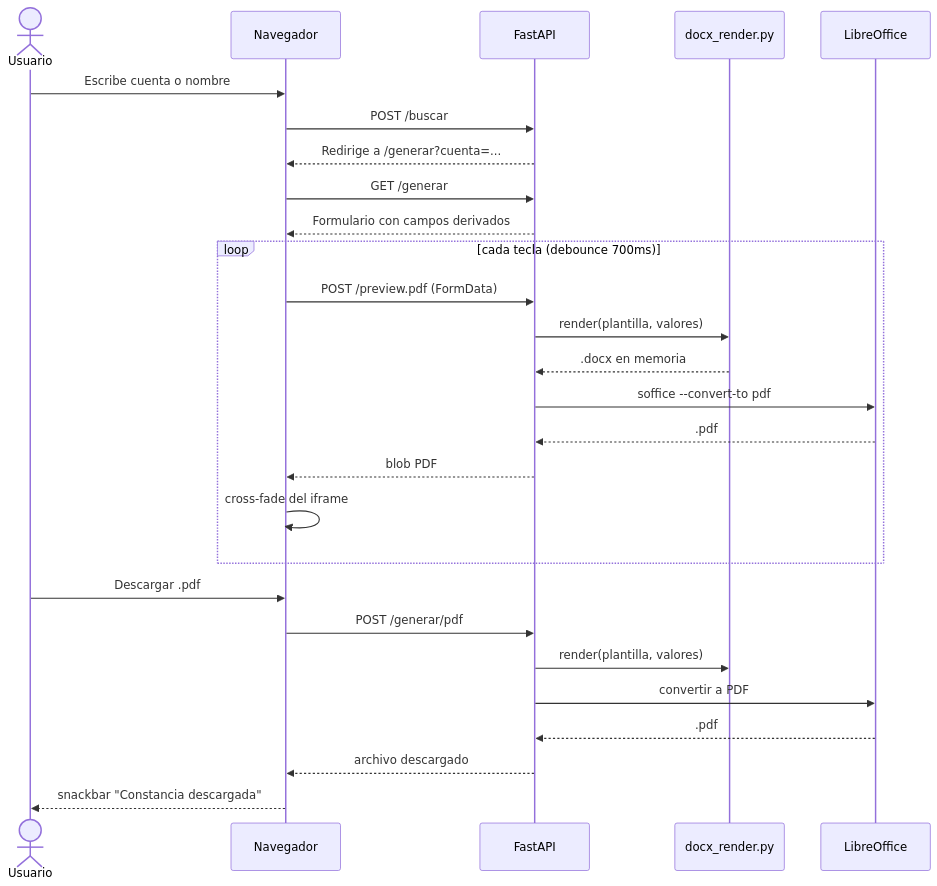
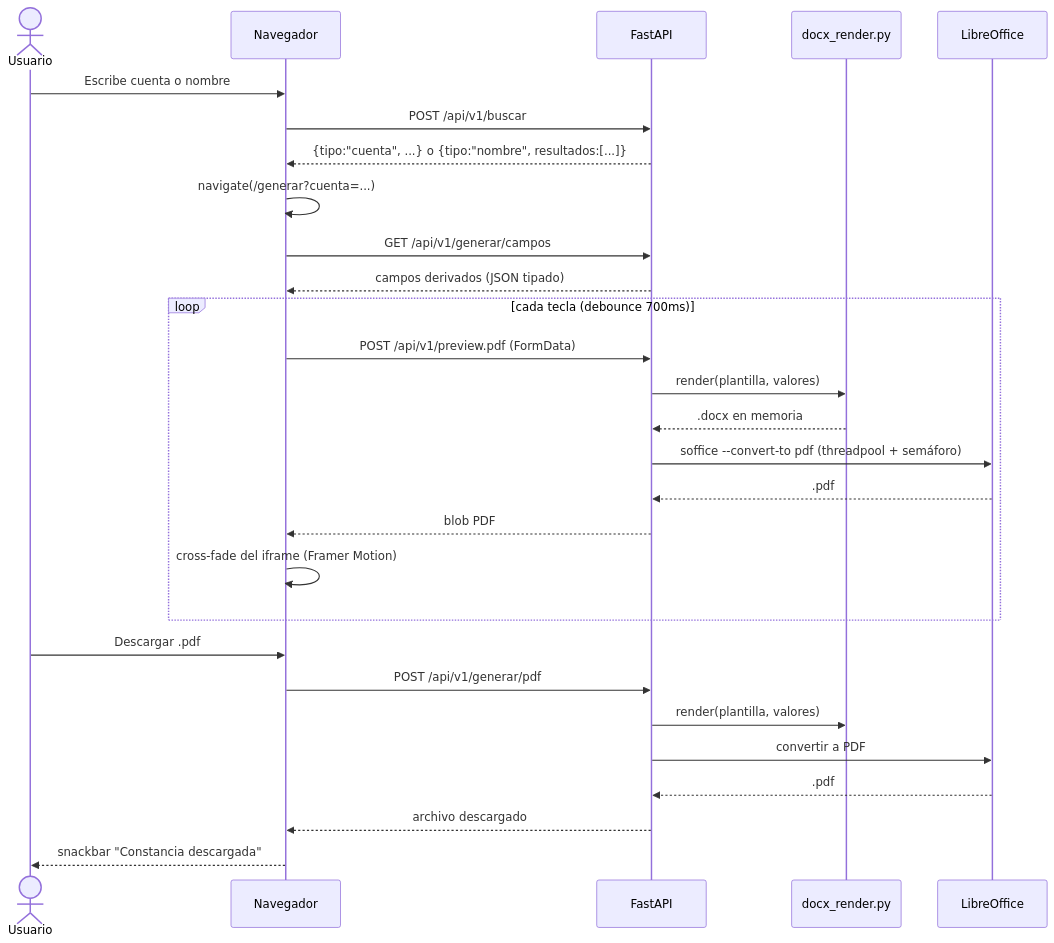
One commit to iamHN3Y/constancias-uaem-tianguistenco changed the third of 3 diagrams in docs/TECNICA.md. Above: the diagram before and after it, drawn with Mermaid. The commit also changed other lines of this file and 49 other files, not shown here.

First line of the commit message:
feat: frontend SPA en React + TypeScript sobre API JSON /api/v1

````diff
--- a/docs/TECNICA.md
+++ b/docs/TECNICA.md
@@ -138,32 +151,33 @@
 ```mermaid
 sequenceDiagram
     actor U as Usuario
     participant B as Navegador
     participant S as FastAPI
     participant D as docx_render.py
     participant L as LibreOffice
 
     U->>B: Escribe cuenta o nombre
-    B->>S: POST /buscar
-    S-->>B: Redirige a /generar?cuenta=...
-    B->>S: GET /generar
-    S-->>B: Formulario con campos derivados
+    B->>S: POST /api/v1/buscar
+    S-->>B: {tipo:"cuenta", ...} o {tipo:"nombre", resultados:[...]}
+    B->>B: navigate(/generar?cuenta=...)
+    B->>S: GET /api/v1/generar/campos
+    S-->>B: campos derivados (JSON tipado)
 
     loop cada tecla (debounce 700ms)
-        B->>S: POST /preview.pdf (FormData)
+        B->>S: POST /api/v1/preview.pdf (FormData)
         S->>D: render(plantilla, valores)
         D-->>S: .docx en memoria
-        S->>L: soffice --convert-to pdf
+        S->>L: soffice --convert-to pdf (threadpool + semáforo)
         L-->>S: .pdf
         S-->>B: blob PDF
-        B->>B: cross-fade del iframe
+        B->>B: cross-fade del iframe (Framer Motion)
     end
 
     U->>B: Descargar .pdf
-    B->>S: POST /generar/pdf
+    B->>S: POST /api/v1/generar/pdf
     S->>D: render(plantilla, valores)
     S->>L: convertir a PDF
     L-->>S: .pdf
     S-->>B: archivo descargado
     B-->>U: snackbar "Constancia descargada"
 ```
````
